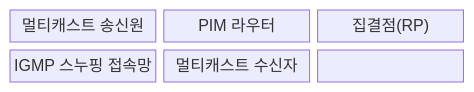
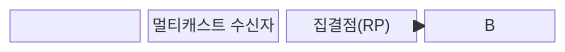
The first of 2 diagrams in src/content/docs/notes/04-network/116_multicast_igmp_pim.md (agnusdei1207/knowledge-base), drawn with Mermaid before and after one commit. The commit also changed other lines of this file and 16 other files, not shown here.

````diff
--- a/src/content/docs/notes/04-network/116_multicast_igmp_pim.md
+++ b/src/content/docs/notes/04-network/116_multicast_igmp_pim.md
@@ -58,11 +58,6 @@
 ```mermaid
-block-beta
-  columns 3
-  A["멀티캐스트 송신원"]
-  B["PIM 라우터"]
-  C["집결점(RP)"]
-  D["IGMP 스누핑 접속망"]
-  E["멀티캐스트 수신자"]
-    A --- B --- C
-    C --- D --- E
+block
+  columns 4
+  A["멀티캐스트 송신원"] --> B["PIM 라우팅 도메인"] --> D["IGMP 접속망"] --> E["멀티캐스트 수신자"]
+  C["집결점(RP)"] --> B
 ```
````
